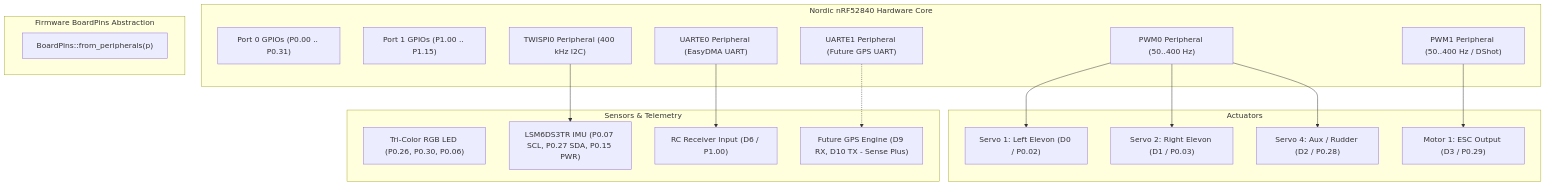
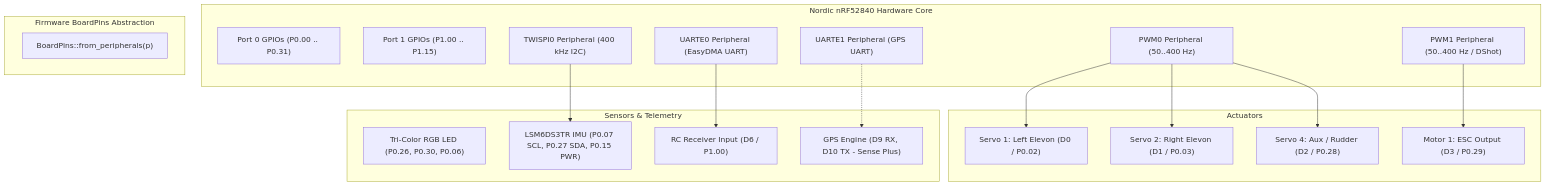
One commit to ferrox-rc/wingfc-rs changed the diagram in docs/PINOUT.md. Above: the diagram before and after it, drawn with Mermaid. The commit also changed other lines of this file and 25 other files, not shown here.

````diff
--- a/docs/PINOUT.md
+++ b/docs/PINOUT.md
@@ -11,38 +11,38 @@
 ```mermaid
 graph TD
     subgraph "Nordic nRF52840 Hardware Core"
         P0["Port 0 GPIOs (P0.00 .. P0.31)"]
         P1["Port 1 GPIOs (P1.00 .. P1.15)"]
         PWM0["PWM0 Peripheral (50..400 Hz)"]
         PWM1["PWM1 Peripheral (50..400 Hz / DShot)"]
         TWISPI0["TWISPI0 Peripheral (400 kHz I2C)"]
         UARTE0["UARTE0 Peripheral (EasyDMA UART)"]
-        UARTE1["UARTE1 Peripheral (Future GPS UART)"]
+        UARTE1["UARTE1 Peripheral (GPS UART)"]
     end
 
     subgraph "Firmware BoardPins Abstraction"
         BP["BoardPins::from_peripherals(p)"]
     end
 
     subgraph Actuators
         S1["Servo 1: Left Elevon (D0 / P0.02)"]
         S2["Servo 2: Right Elevon (D1 / P0.03)"]
         S4["Servo 4: Aux / Rudder (D2 / P0.28)"]
         M1["Motor 1: ESC Output (D3 / P0.29)"]
     end
 
     subgraph Sensors & Telemetry
         LED["Tri-Color RGB LED (P0.26, P0.30, P0.06)"]
         IMU["LSM6DS3TR IMU (P0.07 SCL, P0.27 SDA, P0.15 PWR)"]
         RC["RC Receiver Input (D6 / P1.00)"]
-        GPS["Future GPS Engine (D9 RX, D10 TX - Sense Plus)"]
+        GPS["GPS Engine (D9 RX, D10 TX - Sense Plus)"]
     end
 
     PWM0 --> S1
     PWM0 --> S2
     PWM0 --> S4
     PWM1 --> M1
     TWISPI0 --> IMU
     UARTE0 --> RC
     UARTE1 -.-> GPS
 ```
````
